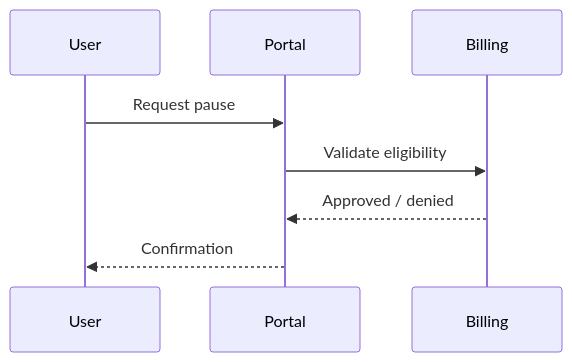
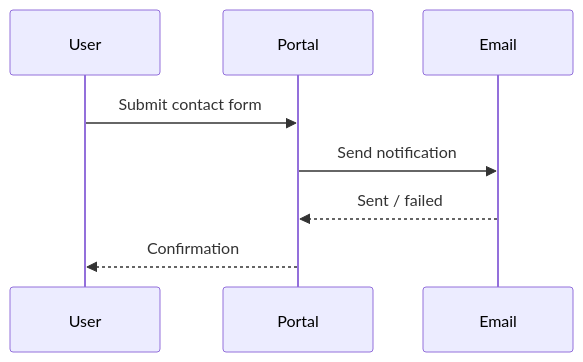
One commit to VovaD199/SDDwithAI26 changed the diagram in materials/day-4/templates/template-openspec-bmad.md. Above: the diagram before and after it, drawn with Mermaid. The commit also changed other lines of this file and 6 other files, not shown here.

````diff
--- a/materials/day-4/templates/template-openspec-bmad.md
+++ b/materials/day-4/templates/template-openspec-bmad.md
@@ -50,10 +50,10 @@
 ```mermaid
 sequenceDiagram
   participant User
   participant Portal
-  participant Billing
-  User->>Portal: Request pause
-  Portal->>Billing: Validate eligibility
-  Billing-->>Portal: Approved / denied
+  participant Email
+  User->>Portal: Submit contact form
+  Portal->>Email: Send notification
+  Email-->>Portal: Sent / failed
   Portal-->>User: Confirmation
 ```
````
